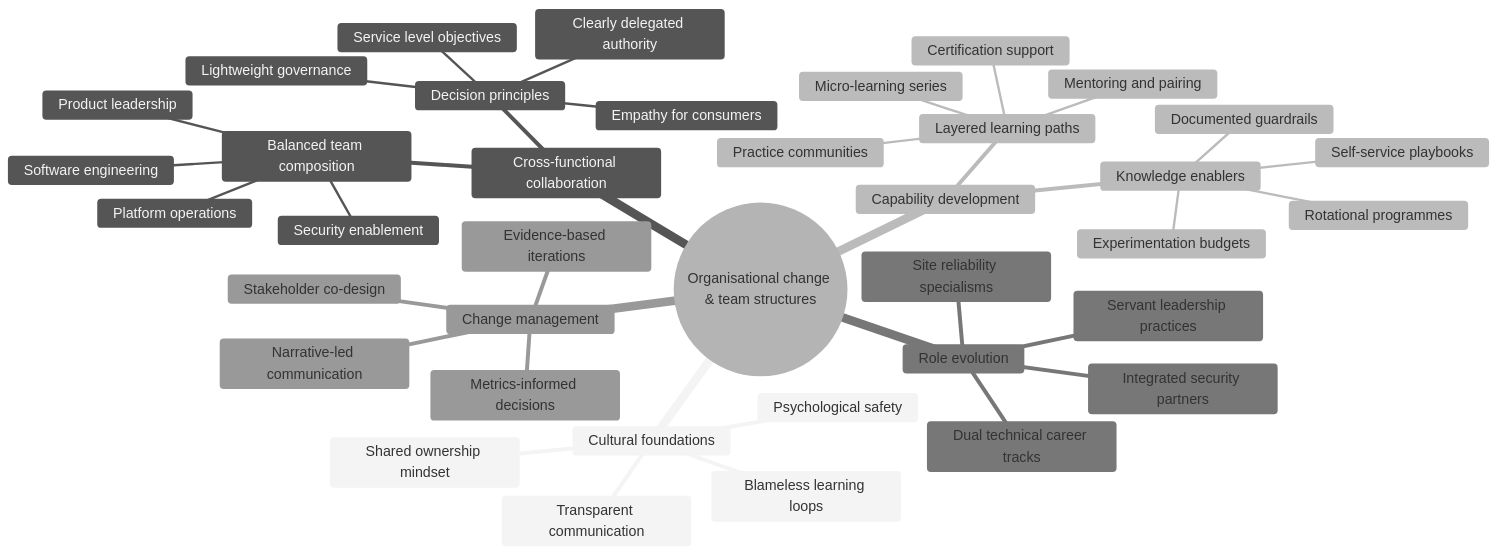
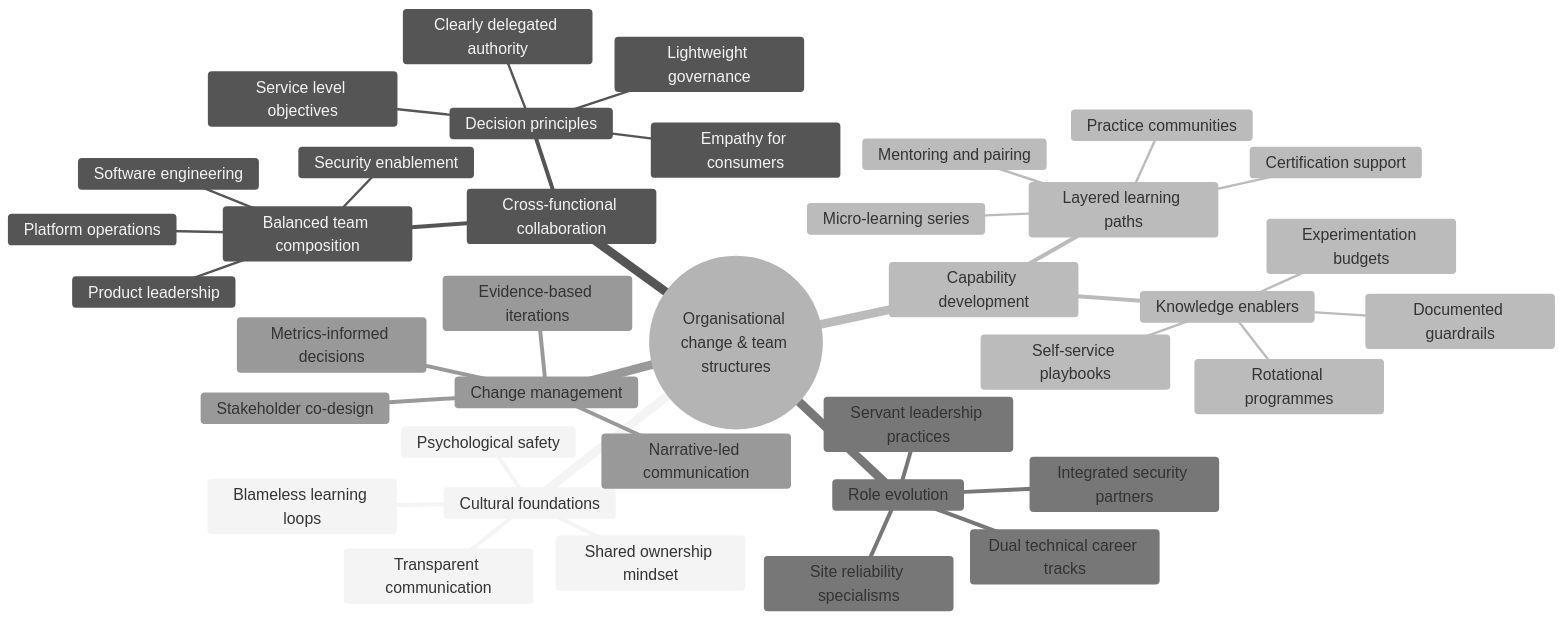
The diagram in docs/images/mindmap_17_organisation.mmd (Geonitab/architecture_as_code), drawn with Mermaid before and after one commit. The commit also changed 6 other files, not shown here.

Commit message:
Chapter 17: Create transformation journey diagram, update themes to grey, add narrative context

```diff
--- a/docs/images/mindmap_17_organisation.mmd
+++ b/docs/images/mindmap_17_organisation.mmd
@@ -1,40 +1,40 @@
-%%{init: {"theme": "neutral", "themeVariables": {"primaryColor": "#1f2937", "primaryBorderColor": "#111827", "primaryTextColor": "#f9fafb", "secondaryColor": "#4b5563", "tertiaryColor": "#d1d5db", "lineColor": "#9ca3af", "fontFamily": "Inter, system-ui, sans-serif", "fontSize": "18px"}}}%%
+%%{init: {"theme": "neutral", "themeVariables": {"primaryColor": "#6b7280", "primaryBorderColor": "#4b5563", "primaryTextColor": "#1f2937", "secondaryColor": "#9ca3af", "tertiaryColor": "#e5e7eb", "lineColor": "#9ca3af", "fontFamily": "Inter, system-ui, sans-serif", "fontSize": "20px"}}}%%
 mindmap
   root((Organisational change & team structures))
     Cultural foundations
       Psychological safety
       Shared ownership mindset
       Transparent communication
       Blameless learning loops
     Cross-functional collaboration
       Balanced team composition
         Software engineering
         Platform operations
         Security enablement
         Product leadership
       Decision principles
         Clearly delegated authority
         Lightweight governance
         Service level objectives
         Empathy for consumers
     Capability development
       Layered learning paths
         Micro-learning series
         Mentoring and pairing
         Practice communities
         Certification support
       Knowledge enablers
         Self-service playbooks
         Experimentation budgets
         Rotational programmes
         Documented guardrails
     Role evolution
       Servant leadership practices
       Dual technical career tracks
       Integrated security partners
       Site reliability specialisms
     Change management
       Stakeholder co-design
       Narrative-led communication
       Evidence-based iterations
       Metrics-informed decisions
```
